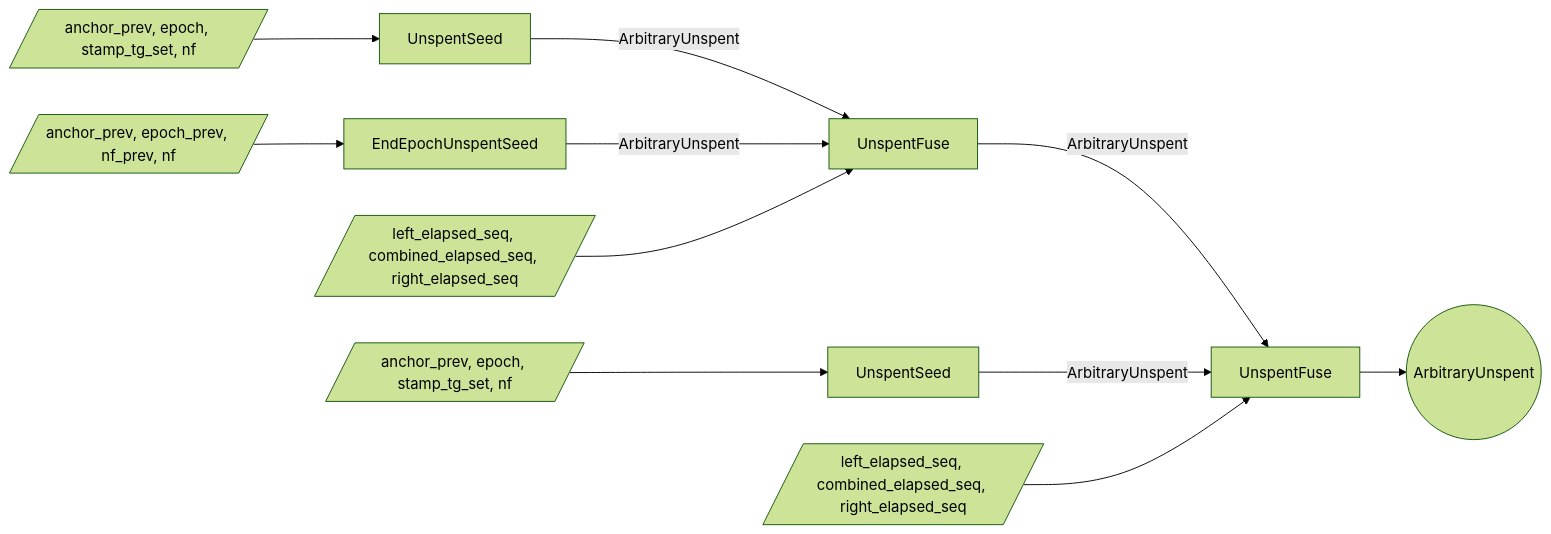
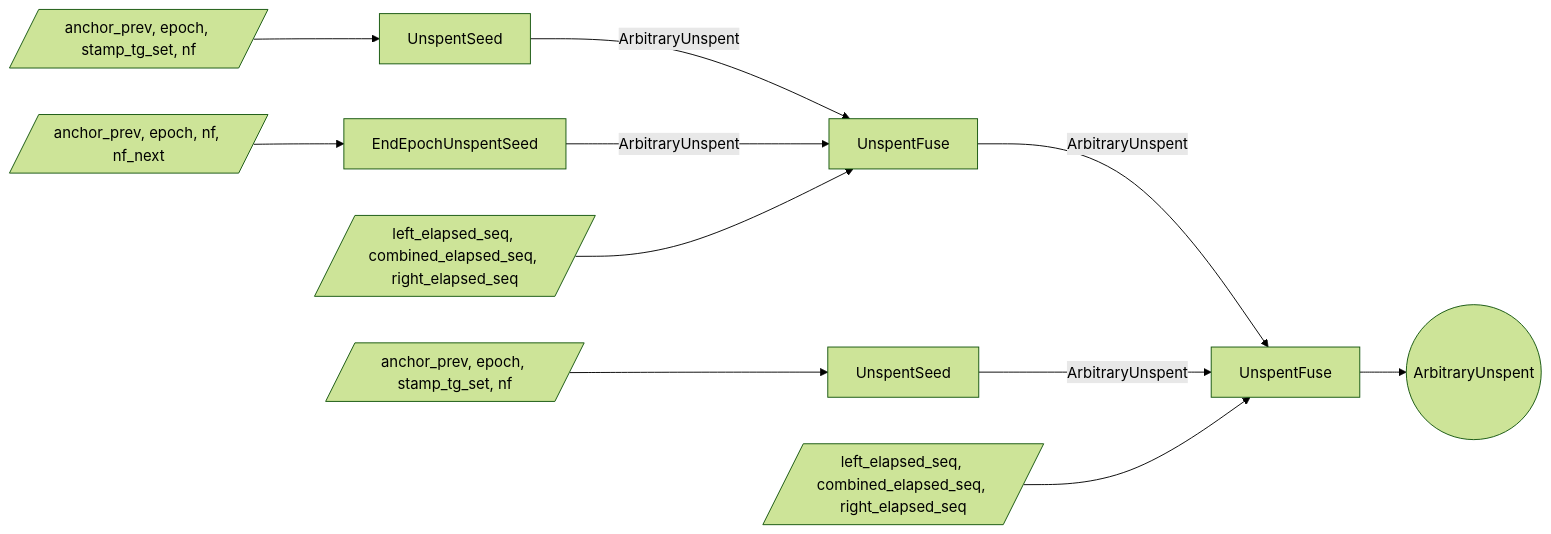
The third of 3 diagrams in book/src/proof-tree.md (alxiong/tachyon), drawn with Mermaid (forest theme) before and after one commit. The commit also changed other lines of this file and 24 other files, not shown here.

````diff
--- a/book/src/proof-tree.md
+++ b/book/src/proof-tree.md
@@ -398,25 +398,25 @@
 ```mermaid
 flowchart LR
   w_seed[/anchor_prev, epoch, stamp_tg_set, nf/]
   s_useed[UnspentSeed]
-  w_cross[/anchor_prev, epoch_prev, nf_prev, nf/]
+  w_cross[/anchor_prev, epoch, nf, nf_next/]
   s_cross[EndEpochUnspentSeed]
   w_ufuse[/left_elapsed_seq, combined_elapsed_seq, right_elapsed_seq/]
   s_ufuse[UnspentFuse]
   w_next[/anchor_prev, epoch, stamp_tg_set, nf/]
   s_unext[UnspentSeed]
   w_ufuse2[/left_elapsed_seq, combined_elapsed_seq, right_elapsed_seq/]
   s_ufuse2[UnspentFuse]
   unspent_out((ArbitraryUnspent))
 
   w_seed --> s_useed
   w_cross --> s_cross
   w_next --> s_unext
   s_useed -->|ArbitraryUnspent| s_ufuse
   s_cross -->|ArbitraryUnspent| s_ufuse
   w_ufuse --> s_ufuse
   s_ufuse -->|ArbitraryUnspent| s_ufuse2
   s_unext -->|ArbitraryUnspent| s_ufuse2
   w_ufuse2 --> s_ufuse2
   s_ufuse2 --> unspent_out
 ```
````
